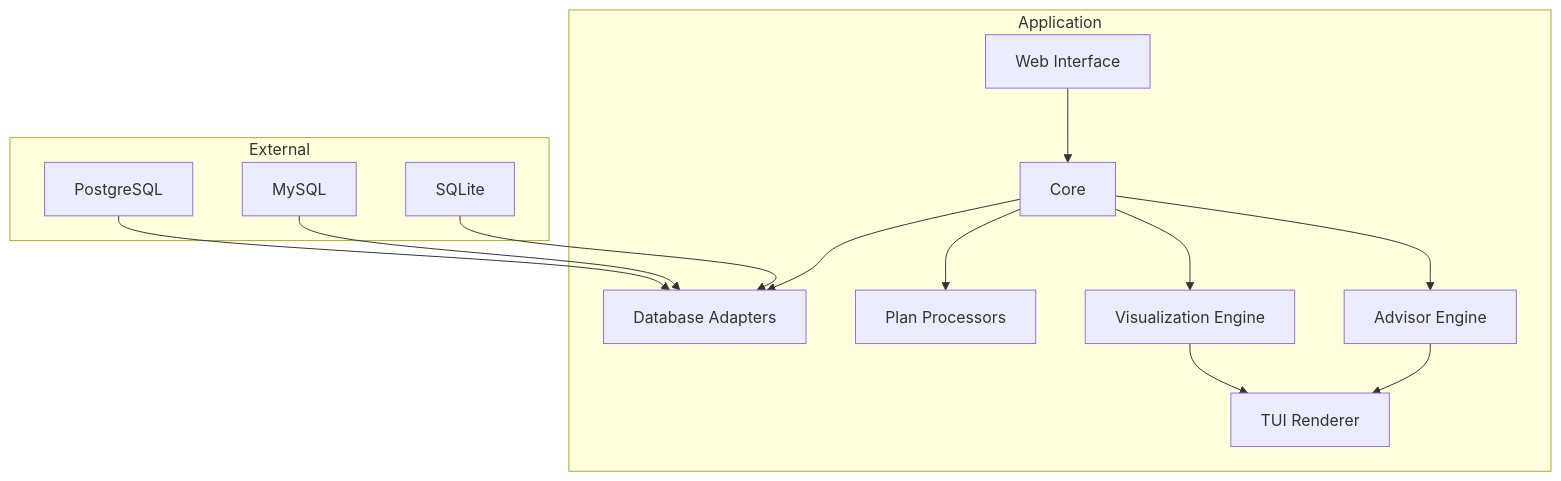
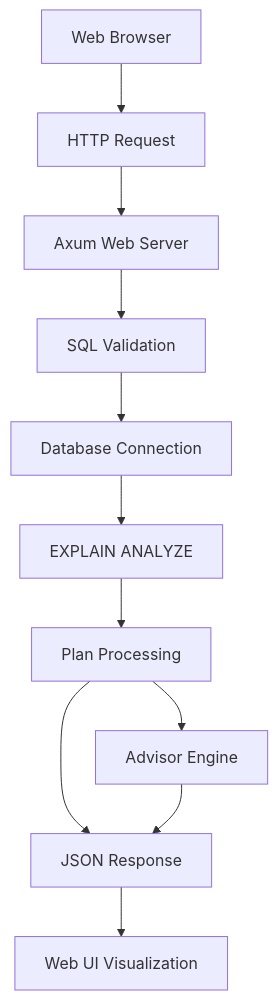
The diagram in docs/ARCHITECTURE.md (kumarlokesh/sqltrace), drawn with Mermaid before and after one commit. The commit also changed other lines of this file and 24 other files, not shown here.

````diff
--- a/docs/ARCHITECTURE.md
+++ b/docs/ARCHITECTURE.md
@@ -14,18 +14,13 @@
 ```mermaid
 graph TD
-    subgraph Application
-        A[Web Interface] --> B[Core]
-        B --> C[Database Adapters]
-        B --> D[Plan Processors]
-        B --> E[Visualization Engine]
-        B --> F[Advisor Engine]
-        E --> G[TUI Renderer]
-        F --> G
-    end
-    
-    subgraph External
-        H[PostgreSQL] --> C
-        I[MySQL] --> C
-        J[SQLite] --> C
-    end
+    A[Web Browser] --> B[HTTP Request]
+    B --> C[Axum Web Server]
+    C --> D[SQL Validation]
+    D --> E[Database Connection]
+    E --> F[EXPLAIN ANALYZE]
+    F --> G[Plan Processing]
+    G --> H[JSON Response]
+    H --> I[Web UI Visualization]
+    G --> J[Advisor Engine]
+    J --> H
 ```
````
